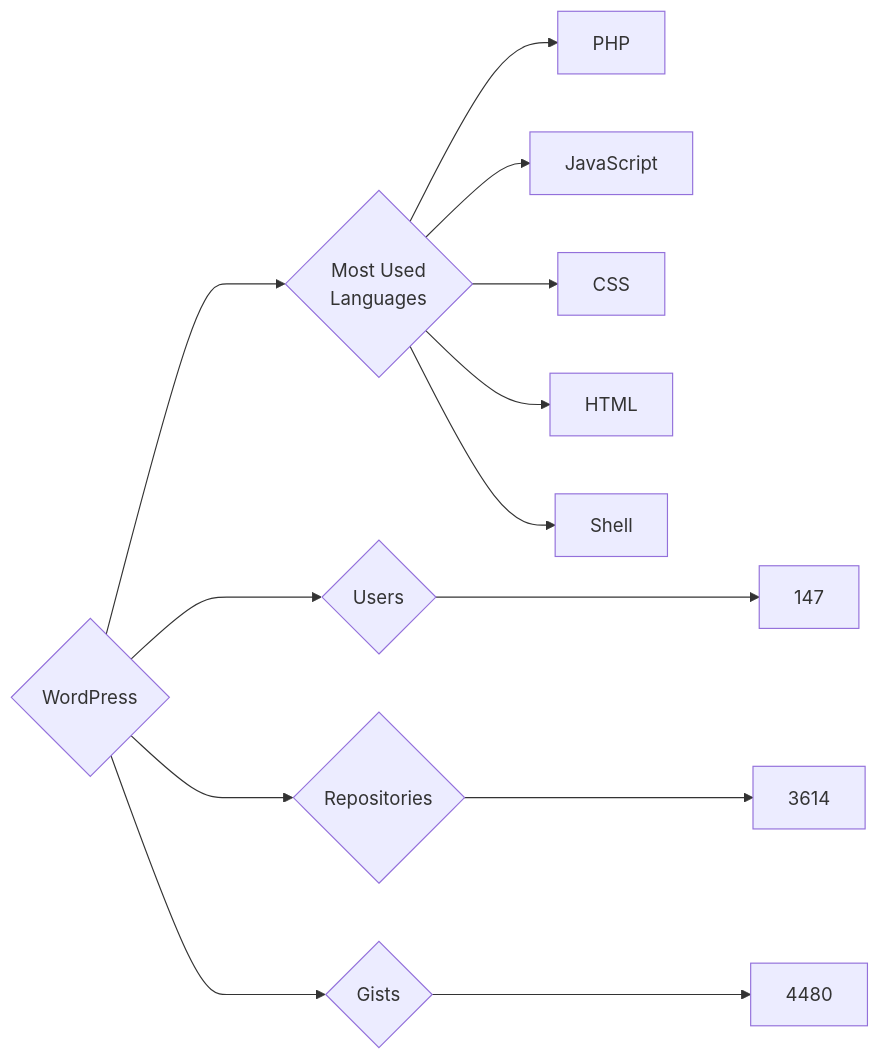
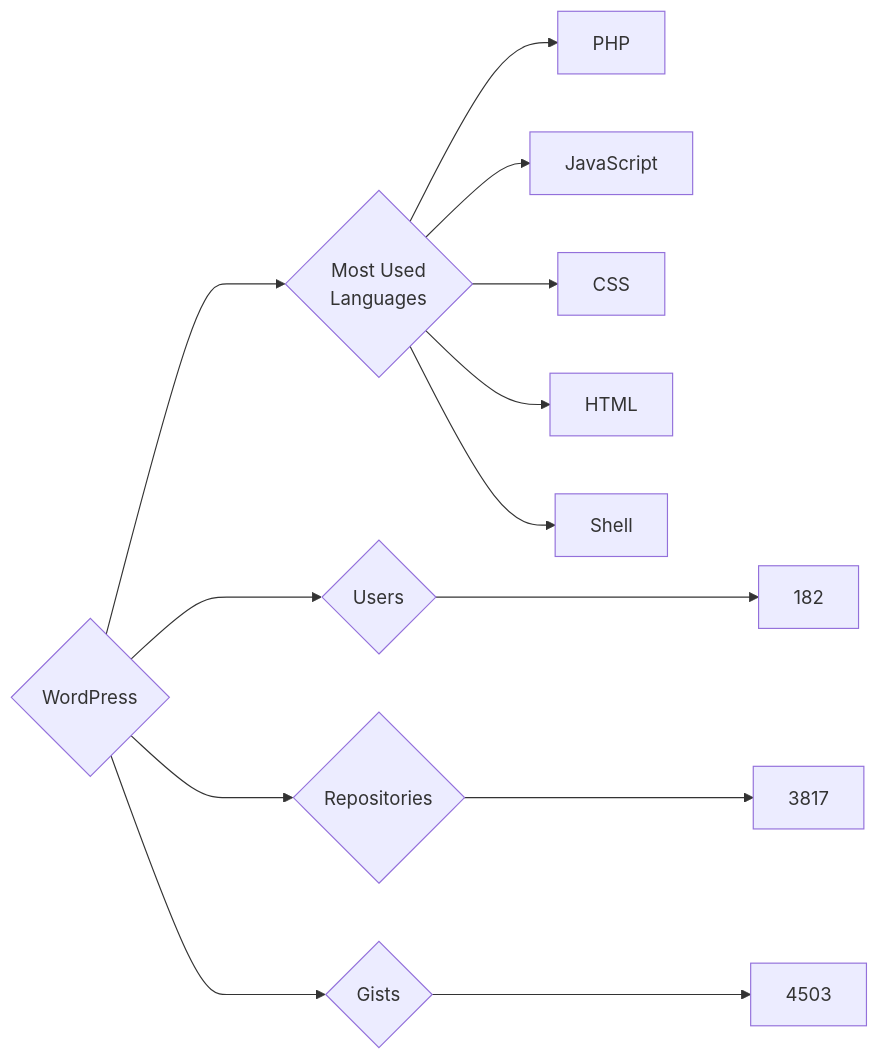
One commit to trickest/insiders changed the diagram in targets/WordPress/README.md. Above: the diagram before and after it, drawn with Mermaid. The commit also changed 953 other files, not shown here.

````diff
--- a/targets/WordPress/README.md
+++ b/targets/WordPress/README.md
@@ -3,13 +3,13 @@
 ```mermaid
 graph LR
 COMPANY_NAME{WordPress}
-COMPANY_NAME ---> U{Users} ---> UN[147]
-COMPANY_NAME ---> R{Repositories} ---> RN[3614]
-COMPANY_NAME ---> G{Gists} ---> GN[4480]
+COMPANY_NAME ---> U{Users} ---> UN[182]
+COMPANY_NAME ---> R{Repositories} ---> RN[3817]
+COMPANY_NAME ---> G{Gists} ---> GN[4503]
 COMPANY_NAME ---> ML{Most Used<br>Languages}
 ML --> PHP[PHP]
 ML --> JavaScript[JavaScript]
 ML --> CSS[CSS]
 ML --> HTML[HTML]
 ML --> Shell[Shell]
 ```
````
